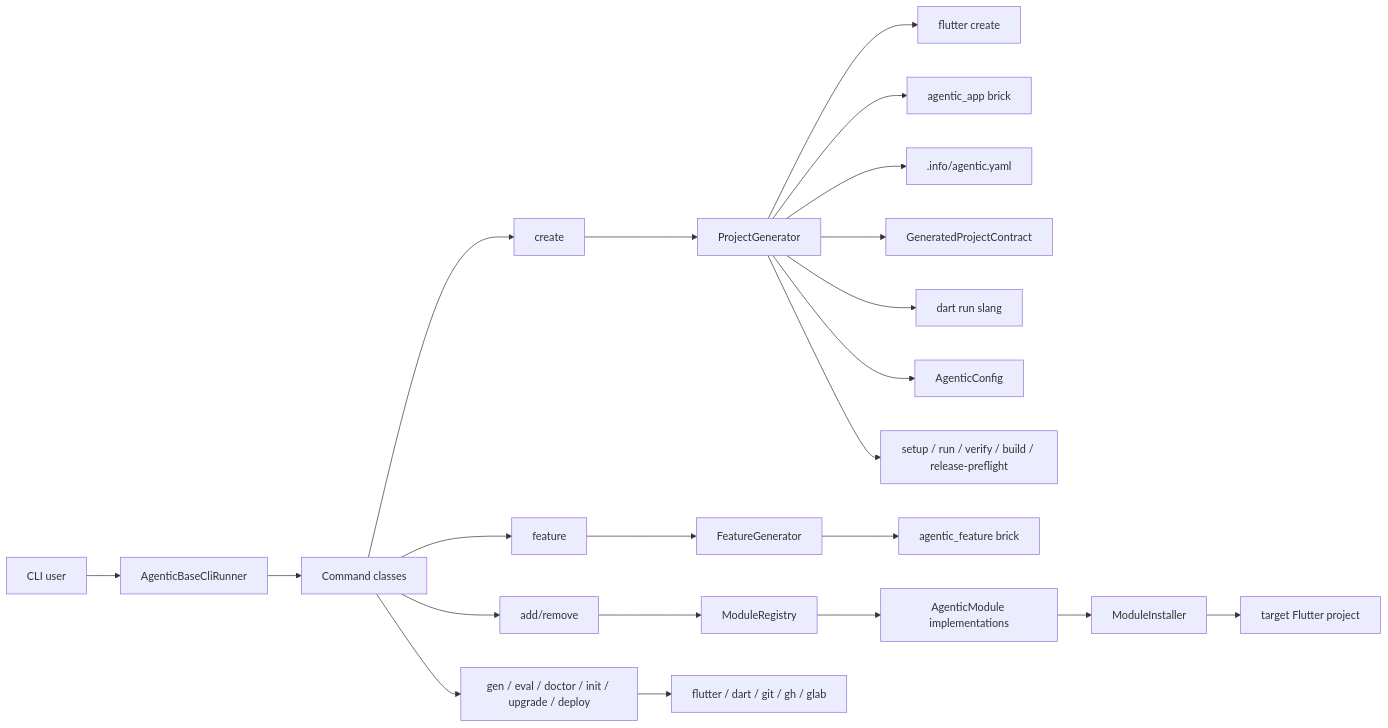
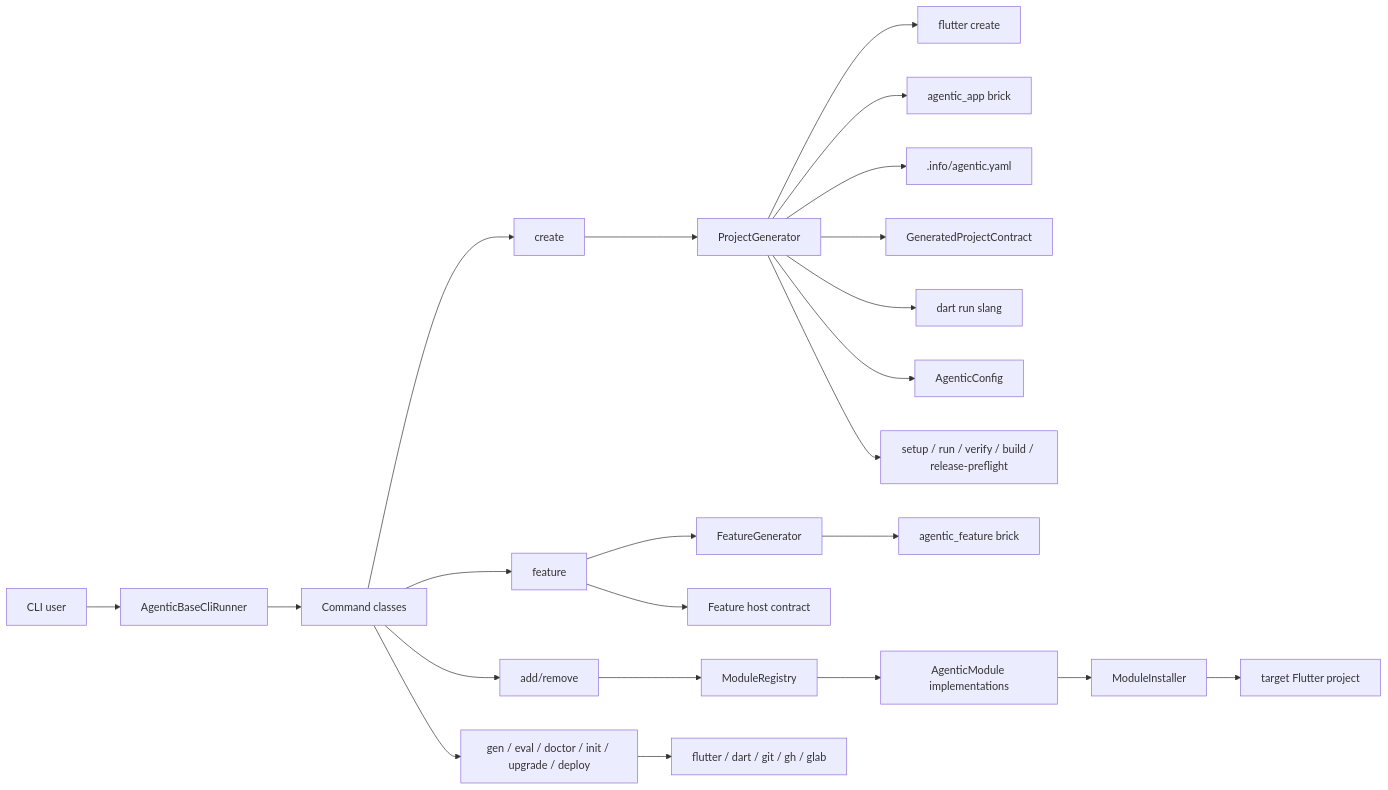
One commit to biendo27/agentic_base changed the diagram in docs/04-system-architecture.md. Above: the diagram before and after it, drawn with Mermaid. The commit also changed other lines of this file and 38 other files, not shown here.

````diff
--- a/docs/04-system-architecture.md
+++ b/docs/04-system-architecture.md
@@ -7,29 +7,30 @@
 ```mermaid
 flowchart LR
   User["CLI user"] --> Runner["AgenticBaseCliRunner"]
   Runner --> Commands["Command classes"]
 
   Commands --> Create["create"]
   Commands --> Feature["feature"]
   Commands --> Modules["add/remove"]
   Commands --> Ops["gen / eval / doctor / init / upgrade / deploy"]
 
   Create --> ProjectGenerator["ProjectGenerator"]
   ProjectGenerator --> FlutterCreate["flutter create"]
   ProjectGenerator --> AppBrick["agentic_app brick"]
   ProjectGenerator --> ContractYaml[".info/agentic.yaml"]
   ProjectGenerator --> Contract["GeneratedProjectContract"]
   ProjectGenerator --> Slang["dart run slang"]
   ProjectGenerator --> Config["AgenticConfig"]
   ProjectGenerator --> Verify["setup / run / verify / build / release-preflight"]
 
   Feature --> FeatureGenerator["FeatureGenerator"]
+  Feature --> FeatureHost["Feature host contract"]
   FeatureGenerator --> FeatureBrick["agentic_feature brick"]
 
   Modules --> Registry["ModuleRegistry"]
   Registry --> ModuleImpl["AgenticModule implementations"]
   ModuleImpl --> Installer["ModuleInstaller"]
   Installer --> Target["target Flutter project"]
 
   Ops --> Tooling["flutter / dart / git / gh / glab"]
 ```
````
